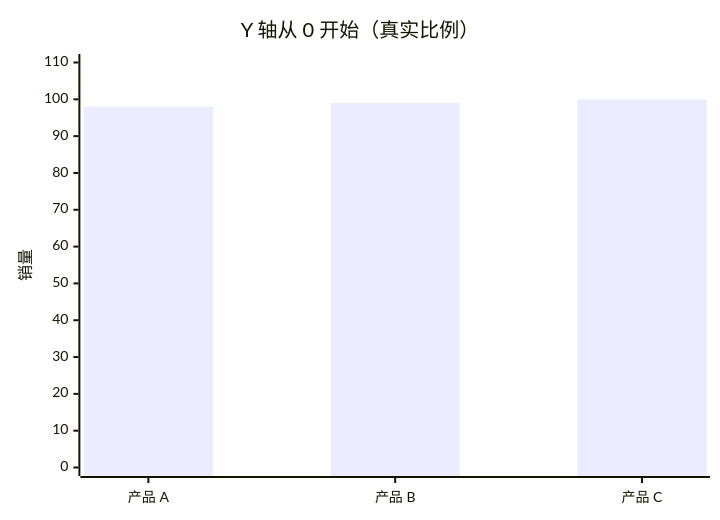
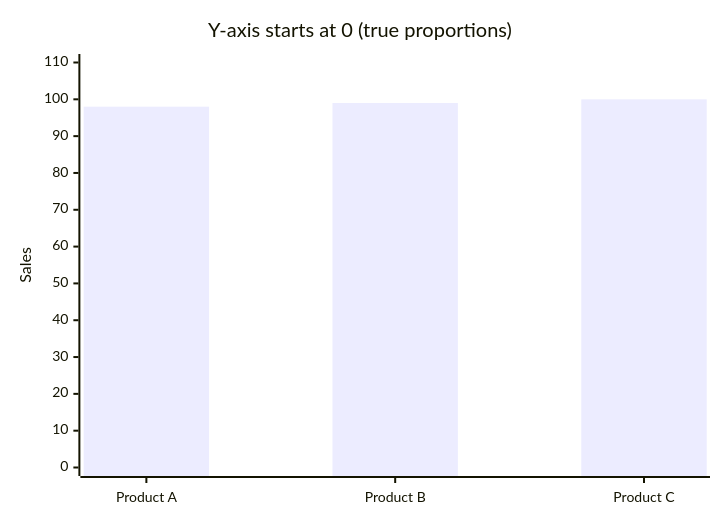
One commit to oudbiao/AI-fullstack-course changed the sixth of 7 diagrams in docs/ch03-data-analysis/ch04-visualization/04-best-practices.md. Above: the diagram before and after it, drawn with Mermaid. The commit also changed other lines of this file and 1406 other files, not shown here.

````diff
--- a/docs/ch03-data-analysis/ch04-visualization/04-best-practices.md
+++ b/docs/ch03-data-analysis/ch04-visualization/04-best-practices.md
@@ -346,7 +346,7 @@
 ```mermaid
 xychart-beta
-    title "Y 轴从 0 开始（真实比例）"
-    x-axis ["产品 A", "产品 B", "产品 C"]
-    y-axis "销量" 0 --> 110
+    title "Y-axis starts at 0 (true proportions)"
+    x-axis ["Product A", "Product B", "Product C"]
+    y-axis "Sales" 0 --> 110
     bar [98, 99, 100]
 ```
````
